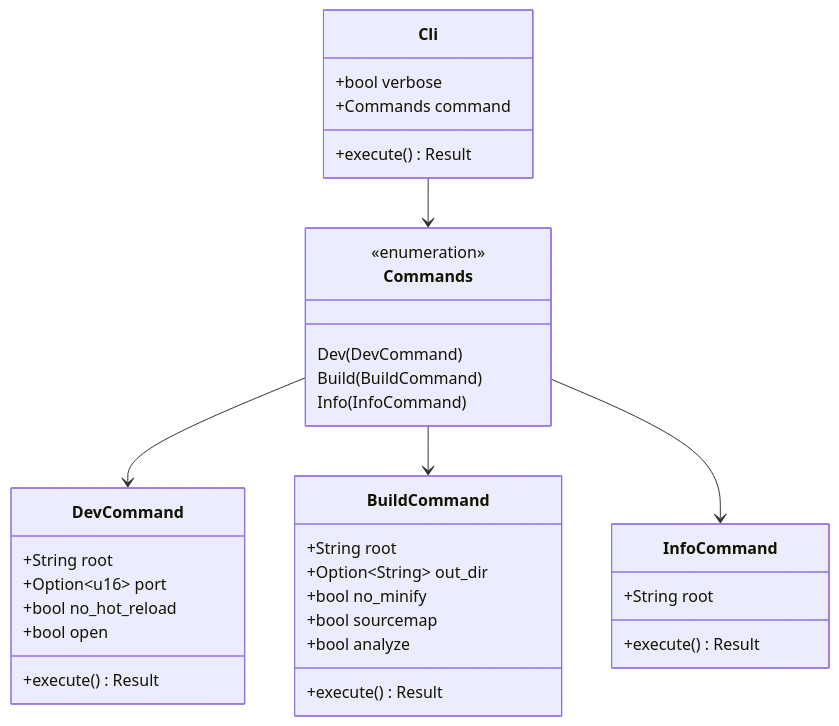
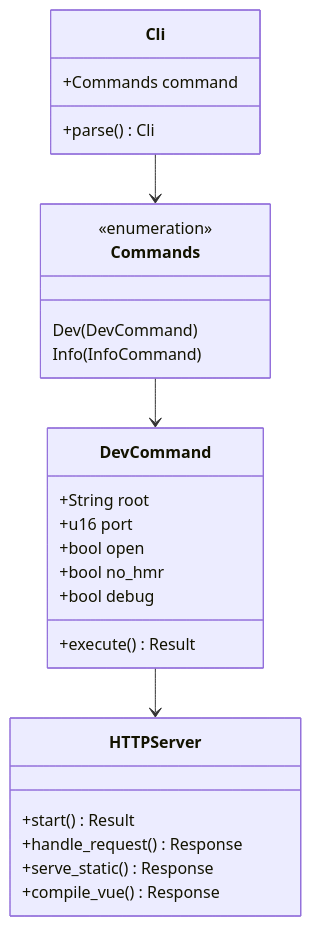
The second of 12 diagrams in .qoder/repowiki/zh/content/核心功能特性/工程化与商业化能力/测试框架与基础设施/Iris Runtime CLI工具.md (itszzl-sudo/iris), drawn with Mermaid before and after one commit. The commit also changed other lines of this file and 23 other files, not shown here.

````diff
--- a/.qoder/repowiki/zh/content/核心功能特性/工程化与商业化能力/测试框架与基础设施/Iris Runtime CLI工具.md
+++ b/.qoder/repowiki/zh/content/核心功能特性/工程化与商业化能力/测试框架与基础设施/Iris Runtime CLI工具.md
@@ -137,37 +95,29 @@
 ```mermaid
 classDiagram
 class Cli {
-+bool verbose
 +Commands command
-+execute() Result
++parse() Cli
 }
 class Commands {
 <<enumeration>>
 Dev(DevCommand)
-Build(BuildCommand)
 Info(InfoCommand)
 }
 class DevCommand {
 +String root
-+Option~u16~ port
-+bool no_hot_reload
++u16 port
 +bool open
++bool no_hmr
++bool debug
 +execute() Result
 }
-class BuildCommand {
-+String root
-+Option~String~ out_dir
-+bool no_minify
-+bool sourcemap
-+bool analyze
-+execute() Result
-}
-class InfoCommand {
-+String root
-+execute() Result
+class HTTPServer {
++start() Result
++handle_request() Response
++serve_static() Response
++compile_vue() Response
 }
 Cli --> Commands
 Commands --> DevCommand
-Commands --> BuildCommand
-Commands --> InfoCommand
+DevCommand --> HTTPServer
 ```
````
